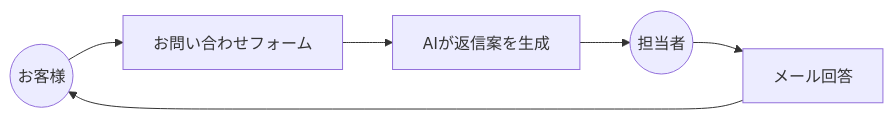
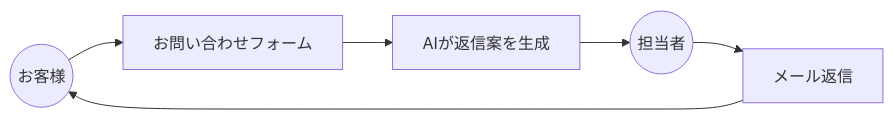
The second of 5 diagrams in starter/docs/spec.md (akiueno/llm-app-evals-book), drawn with Mermaid before and after one commit. The commit also changed other lines of this file and 24 other files, not shown here.

````diff
--- a/starter/docs/spec.md
+++ b/starter/docs/spec.md
@@ -91,14 +91,14 @@
 ```mermaid
 flowchart LR
   A((お客様))
   B[お問い合わせフォーム]
   C[AIが返信案を生成]
   D((担当者))
-  E[メール回答]
+  E[メール返信]
 
   A --> B
   B --> C
   C --> D
   D --> E
   E --> A
 ```
````
